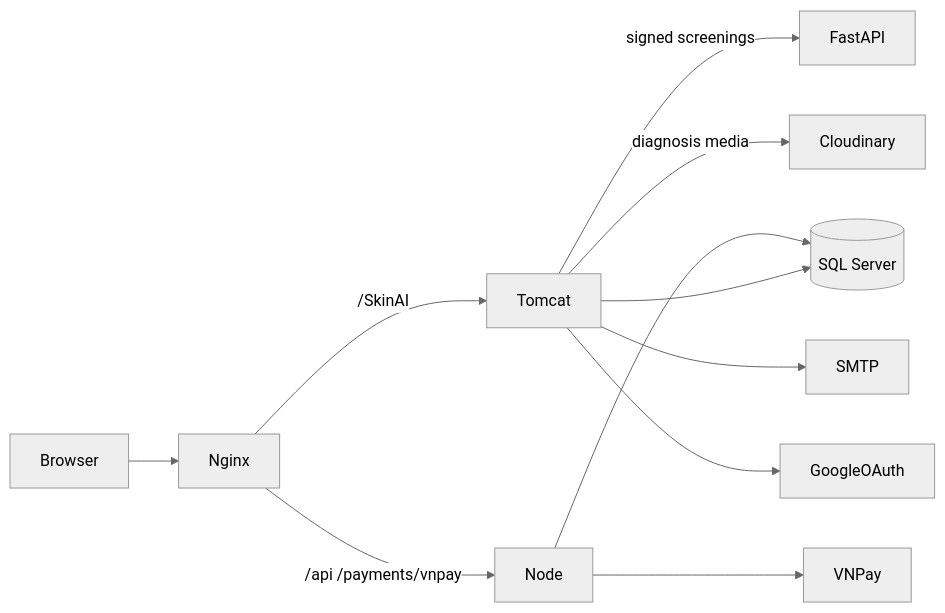
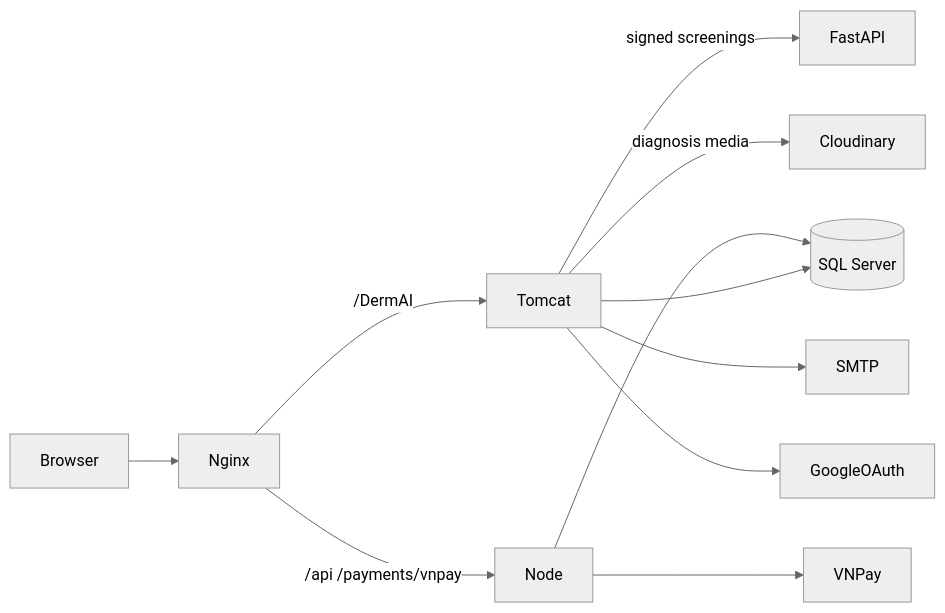
Before and after one commit to ItShinyy/SWP391_GroupC: the first of 3 diagrams in Docs/ARCHITECTURE.md, drawn with Mermaid (neutral theme). The commit also changed other lines of this file and 9 other files, not shown here.

````diff
--- a/Docs/ARCHITECTURE.md
+++ b/Docs/ARCHITECTURE.md
@@ -20,13 +20,13 @@
 ```mermaid
 flowchart LR
   Browser --> Nginx
-  Nginx -->|/SkinAI| Tomcat
+  Nginx -->|/DermAI| Tomcat
   Nginx -->|/api /payments/vnpay| Node
   Tomcat --> SQL[(SQL Server)]
   Tomcat -->|signed screenings| FastAPI
   Tomcat -->|diagnosis media| Cloudinary
   Node --> SQL
   Node --> VNPay
   Tomcat --> SMTP
   Tomcat --> GoogleOAuth
 ```
````
